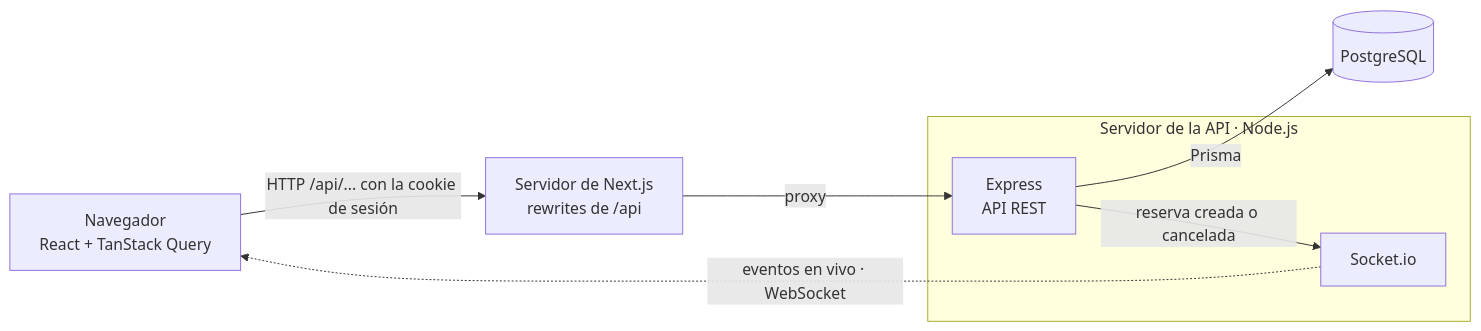
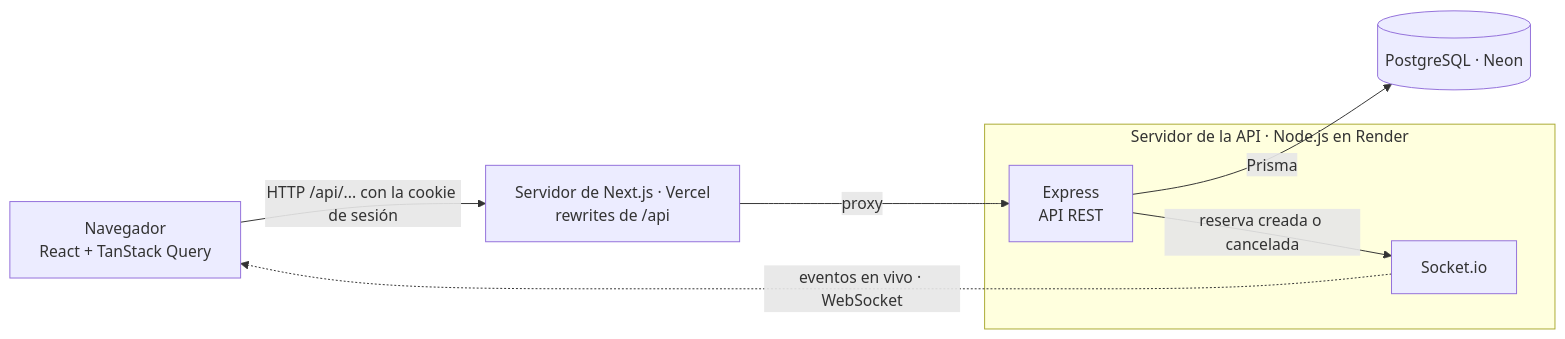
One commit to Vitomans/agenda-reservas changed the diagram in README.md. Above: the diagram before and after it, drawn with Mermaid. The commit also changed other lines of this file, not shown here.

````diff
--- a/README.md
+++ b/README.md
@@ -26,16 +27,16 @@
 ```mermaid
 flowchart LR
     browser["Navegador<br/>React + TanStack Query"]
-    next["Servidor de Next.js<br/>rewrites de /api"]
-    subgraph apiServer["Servidor de la API · Node.js"]
+    next["Servidor de Next.js · Vercel<br/>rewrites de /api"]
+    subgraph apiServer["Servidor de la API · Node.js en Render"]
         express["Express<br/>API REST"]
         socket["Socket.io"]
     end
-    db[("PostgreSQL")]
+    db[("PostgreSQL · Neon")]
 
     browser -->|"HTTP /api/... con la cookie de sesión"| next
     next -->|proxy| express
     express -->|Prisma| db
     express -->|"reserva creada o cancelada"| socket
     socket -.->|"eventos en vivo · WebSocket"| browser
 ```
````
